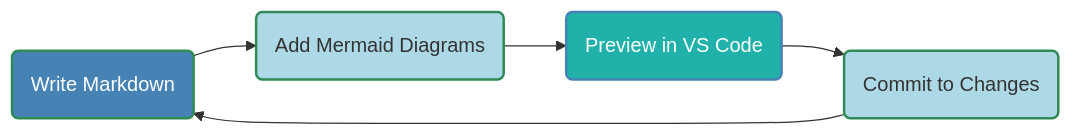
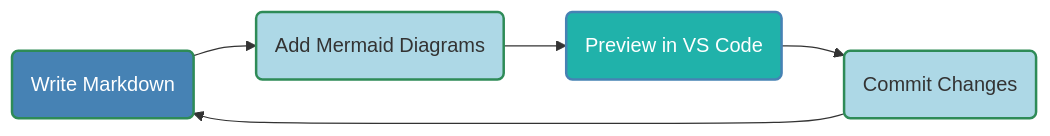
The fourth of 8 diagrams in README.md (buckeye43210/markdown-to-snowkb), drawn with Mermaid before and after one commit.

Commit message:
revising document

````diff
--- a/README.md
+++ b/README.md
@@ -171,12 +171,12 @@
 ```mermaid
 graph LR
     A(Write Markdown) --> B(Add Mermaid Diagrams)
     B --> C(Preview in VS Code)
-    C --> D(Commit to Changes)
+    C --> D(Commit Changes)
     D --> A
 
     style A fill:#4682B4,stroke:#2E8B57,stroke-width:2px,color:#FFFFFF
     style B fill:#ADD8E6,stroke:#2E8B57,stroke-width:2px
     style C fill:#20B2AA,stroke:#4682B4,stroke-width:2px,color:#FFFFFF
     style D fill:#ADD8E6,stroke:#2E8B57,stroke-width:2px
 ```
````
